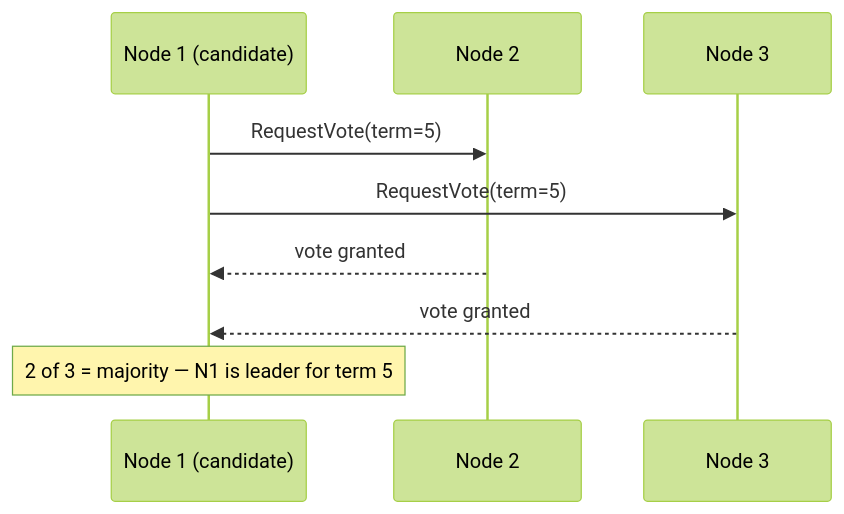
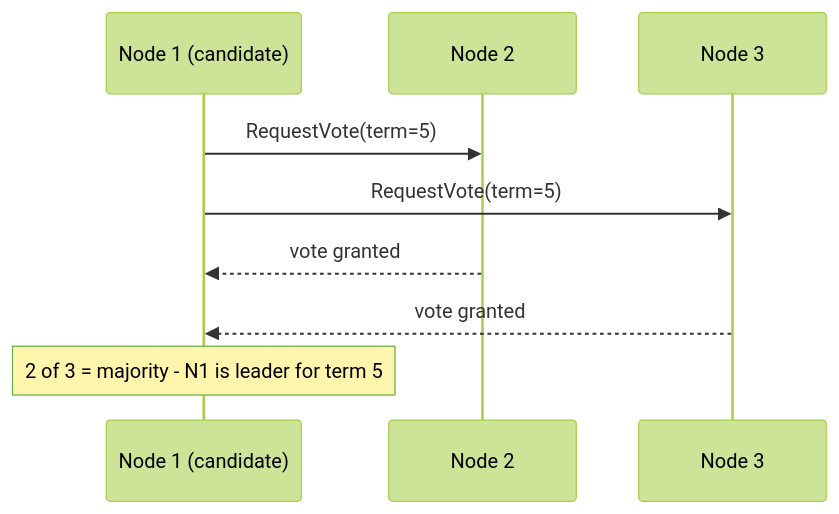
One commit to danielsousaoliveira/cs-fundamentals changed the diagram in src/content/docs/5-systems/consensus-and-coordination.mdx. Above: the diagram before and after it, drawn with Mermaid (forest theme). The commit also changed other lines of this file and 139 other files, not shown here.

````diff
--- a/src/content/docs/5-systems/consensus-and-coordination.mdx
+++ b/src/content/docs/5-systems/consensus-and-coordination.mdx
@@ -99,11 +99,11 @@
 ```mermaid
 sequenceDiagram
   participant N1 as Node 1 (candidate)
   participant N2 as Node 2
   participant N3 as Node 3
   N1->>N2: RequestVote(term=5)
   N1->>N3: RequestVote(term=5)
   N2-->>N1: vote granted
   N3-->>N1: vote granted
-  Note over N1: 2 of 3 = majority — N1 is leader for term 5
+  Note over N1: 2 of 3 = majority - N1 is leader for term 5
 ```
````
